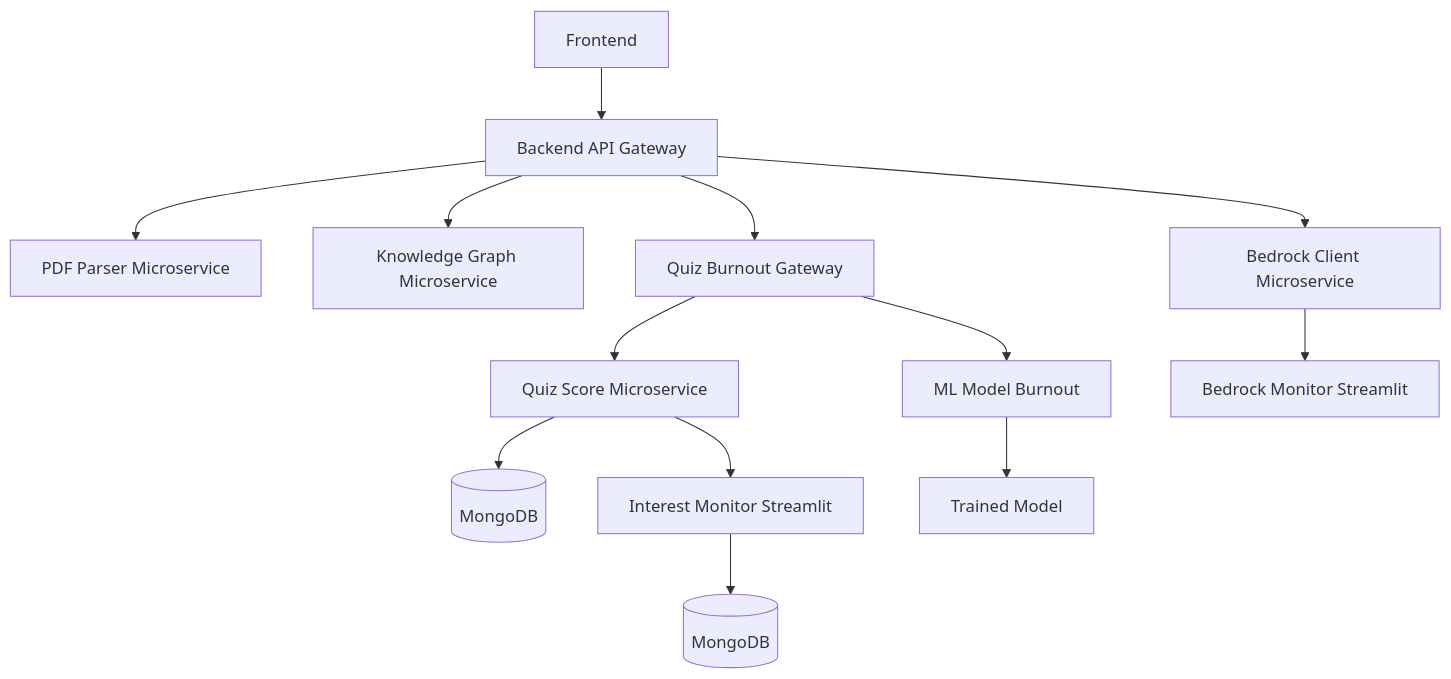
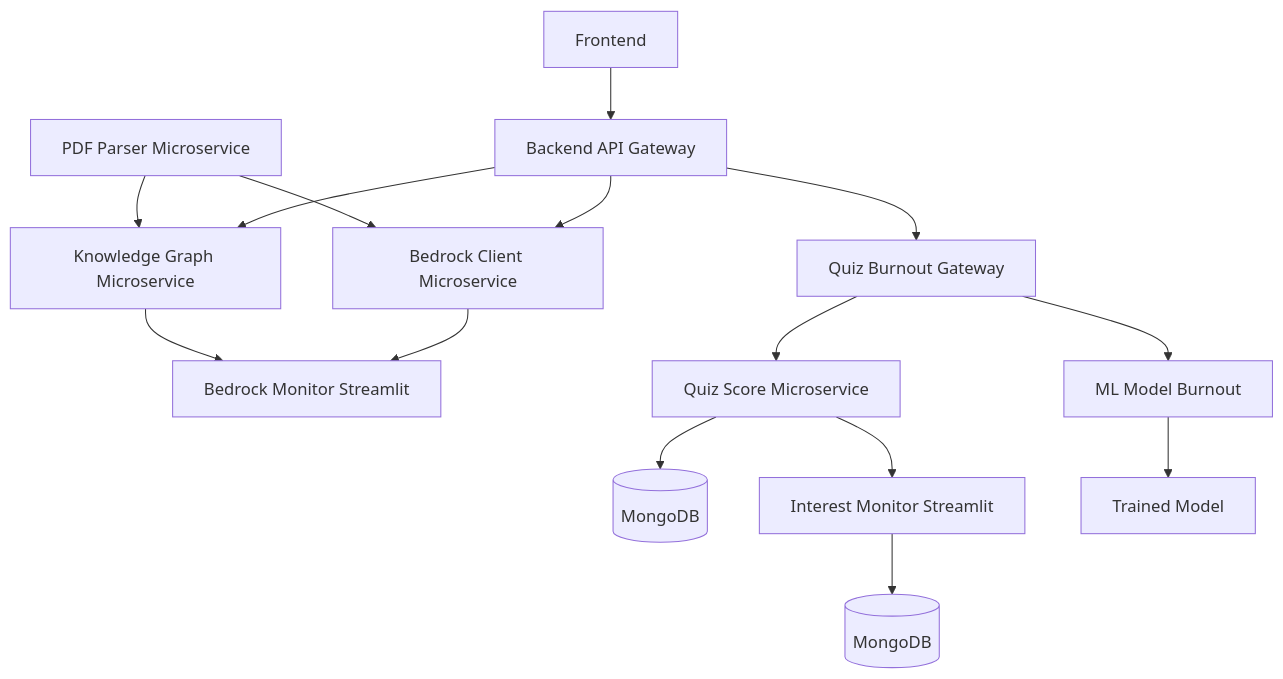
One commit to lukapopovici/mindboost changed the diagram in README.md. Above: the diagram before and after it, drawn with Mermaid.

````diff
--- a/README.md
+++ b/README.md
@@ -43,16 +43,19 @@
 ```mermaid
 graph TD
 A[Frontend] --> B[Backend API Gateway]
-B --> C[PDF Parser Microservice]
+
+C[PDF Parser Microservice] --> E[Bedrock Client Microservice]
+C --> D
 B --> D[Knowledge Graph Microservice]
-B --> E[Bedrock Client Microservice]
+B --> E
+D --> J
 B --> F[Quiz Burnout Gateway]
 F --> G[Quiz Score Microservice]
 G --> L[(MongoDB)]
 G --> K[Interest Monitor Streamlit]
 K --> O[(MongoDB)]
 F --> H[ML Model Burnout]
 H --> I[Trained Model]
 E --> J[Bedrock Monitor Streamlit]
 
 ```
````
